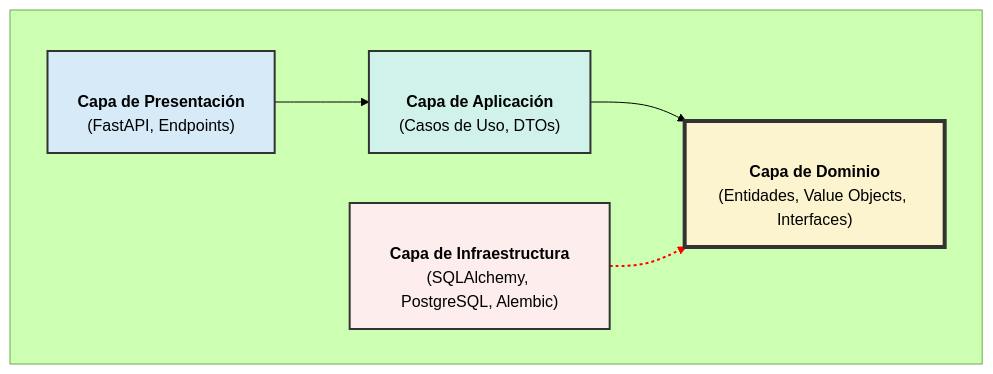
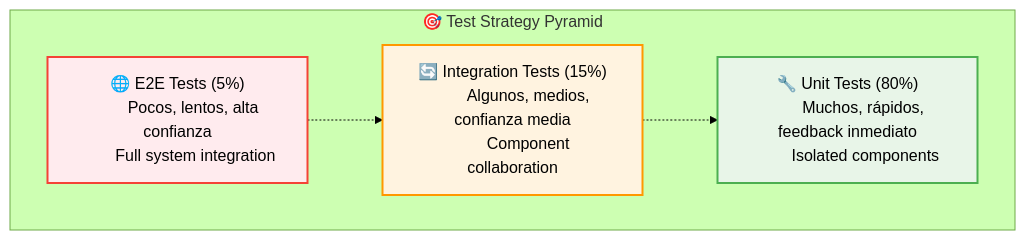
Before and after one commit to agustinEDev/RyderCupAM: the fifth of 6 diagrams in README.md, drawn with Mermaid (forest theme). The commit also changed other lines of this file and 1 other file, not shown here.

````diff
--- a/README.md
+++ b/README.md
@@ -24,21 +232,25 @@
 ```mermaid
 graph TD
-    subgraph " "
-        direction LR
-        A["<br><b>Capa de Presentación</b><br>(FastAPI, Endpoints)<br>"]
-        B["<br><b>Capa de Aplicación</b><br>(Casos de Uso, DTOs)<br>"]
-        C["<br><b>Capa de Dominio</b><br>(Entidades, Value Objects, Interfaces)<br>"]
-        D["<br><b>Capa de Infraestructura</b><br>(SQLAlchemy, PostgreSQL, Alembic)<br>"]
+    subgraph "🎯 Test Strategy Pyramid"
+        A["🌐 E2E Tests (5%)
+        Pocos, lentos, alta confianza
+        Full system integration"]
+        B["🔄 Integration Tests (15%)
+        Algunos, medios, confianza media
+        Component collaboration"]
+        C["🔧 Unit Tests (80%)
+        Muchos, rápidos, feedback inmediato
+        Isolated components"]
     end
-
-    A --> B
-    B --> C
-    D -.-> C
-
-    style A fill:#D6EAF8,stroke:#333,stroke-width:2px
-    style B fill:#D1F2EB,stroke:#333,stroke-width:2px
-    style C fill:#FCF3CF,stroke:#333,stroke-width:4px
-    style D fill:#FDEDEC,stroke:#333,stroke-width:2px
-
-    linkStyle 2 stroke-width:2px,fill:none,stroke:red,stroke-dasharray: 3 3;
+    
+    A -.-> B
+    B -.-> C
+    
+    classDef e2e fill:#ffebee,stroke:#f44336,stroke-width:2px
+    classDef integration fill:#fff3e0,stroke:#ff9800,stroke-width:2px
+    classDef unit fill:#e8f5e8,stroke:#4caf50,stroke-width:2px
+    
+    class A e2e
+    class B integration
+    class C unit
 ```
````
